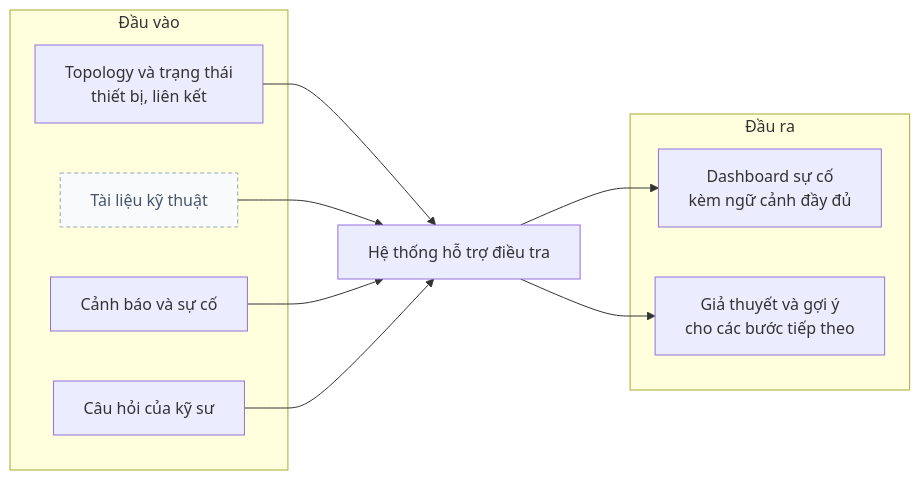
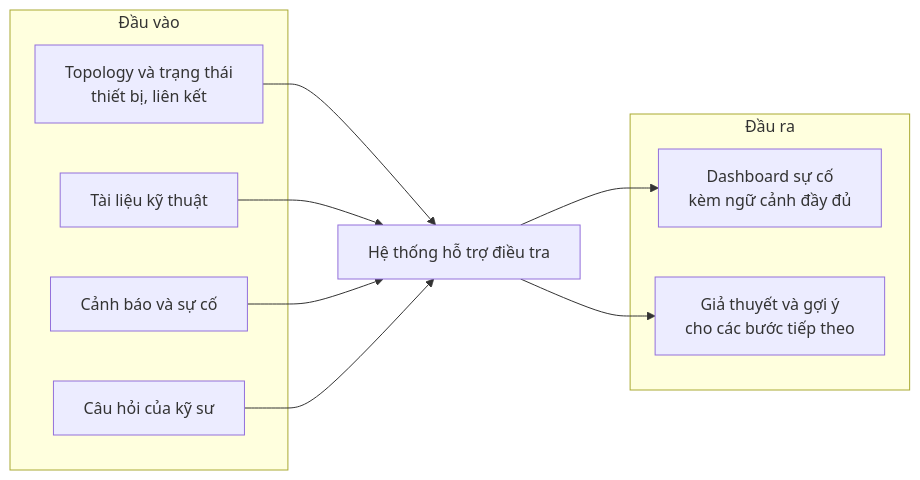
The fourth of 5 diagrams in docs/week03-problem-and-current-solutions/report.md (RainAllDay-vn/graduation-project), drawn with Mermaid before and after one commit. The commit also changed other lines of this file and 39 other files, not shown here.

````diff
--- a/docs/week03-problem-and-current-solutions/report.md
+++ b/docs/week03-problem-and-current-solutions/report.md
@@ -150,26 +150,25 @@
 ```mermaid
 flowchart LR
     subgraph SRC["Đầu vào"]
         TOPO["Topology và trạng thái<br/>thiết bị, liên kết"]
         DOC["Tài liệu kỹ thuật"]
         ALERT["Cảnh báo và sự cố"]
         ASK["Câu hỏi của kỹ sư"]
     end
 
     SYSTEM["Hệ thống hỗ trợ điều tra"]
 
     subgraph OUT["Đầu ra"]
         VIEW["Dashboard sự cố<br/> kèm ngữ cảnh đầy đủ"]
         HINT["Giả thuyết và gợi ý<br/> cho các bước tiếp theo"]
     end
 
     TOPO --> SYSTEM
     DOC --> SYSTEM
     ALERT --> SYSTEM
     ASK --> SYSTEM
     SYSTEM --> VIEW
     SYSTEM --> HINT
 
     classDef planned fill:#F8FAFC,stroke:#94A3B8,stroke-dasharray:4 3,color:#475569;
-    class DOC planned;
 ```
````
